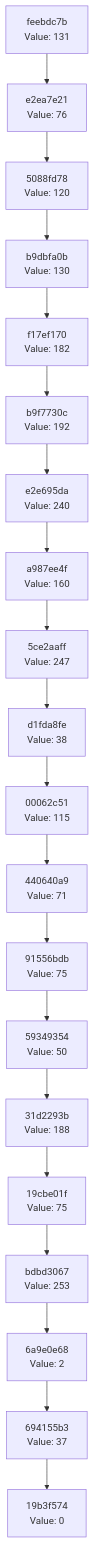
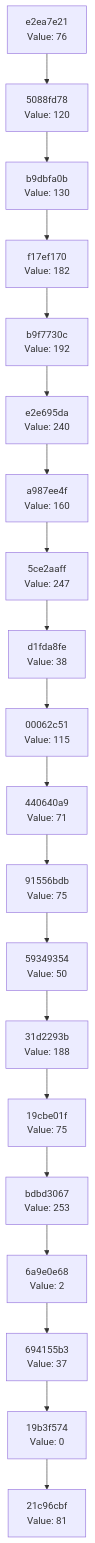
The diagram in docs/CHAIN_VISUALIZATION.md (Abhisheksinha1506/hash-chain-evolver), drawn with Mermaid before and after one commit. The commit also changed 2 other files, not shown here.

Commit message:
Evolution Step

````diff
--- a/docs/CHAIN_VISUALIZATION.md
+++ b/docs/CHAIN_VISUALIZATION.md
@@ -3,42 +3,42 @@
 ```mermaid
 graph TD
-    C0["19b3f574<br/>Value: 0"]
-    C1["694155b3<br/>Value: 37"]
+    C0["21c96cbf<br/>Value: 81"]
+    C1["19b3f574<br/>Value: 0"]
     C1 --> C0
-    C2["6a9e0e68<br/>Value: 2"]
+    C2["694155b3<br/>Value: 37"]
     C2 --> C1
-    C3["bdbd3067<br/>Value: 253"]
+    C3["6a9e0e68<br/>Value: 2"]
     C3 --> C2
-    C4["19cbe01f<br/>Value: 75"]
+    C4["bdbd3067<br/>Value: 253"]
     C4 --> C3
-    C5["31d2293b<br/>Value: 188"]
+    C5["19cbe01f<br/>Value: 75"]
     C5 --> C4
-    C6["59349354<br/>Value: 50"]
+    C6["31d2293b<br/>Value: 188"]
     C6 --> C5
-    C7["91556bdb<br/>Value: 75"]
+    C7["59349354<br/>Value: 50"]
     C7 --> C6
-    C8["440640a9<br/>Value: 71"]
+    C8["91556bdb<br/>Value: 75"]
     C8 --> C7
-    C9["00062c51<br/>Value: 115"]
+    C9["440640a9<br/>Value: 71"]
     C9 --> C8
-    C10["d1fda8fe<br/>Value: 38"]
+    C10["00062c51<br/>Value: 115"]
     C10 --> C9
-    C11["5ce2aaff<br/>Value: 247"]
+    C11["d1fda8fe<br/>Value: 38"]
     C11 --> C10
-    C12["a987ee4f<br/>Value: 160"]
+    C12["5ce2aaff<br/>Value: 247"]
     C12 --> C11
-    C13["e2e695da<br/>Value: 240"]
+    C13["a987ee4f<br/>Value: 160"]
     C13 --> C12
-    C14["b9f7730c<br/>Value: 192"]
+    C14["e2e695da<br/>Value: 240"]
     C14 --> C13
-    C15["f17ef170<br/>Value: 182"]
+    C15["b9f7730c<br/>Value: 192"]
     C15 --> C14
-    C16["b9dbfa0b<br/>Value: 130"]
+    C16["f17ef170<br/>Value: 182"]
     C16 --> C15
-    C17["5088fd78<br/>Value: 120"]
+    C17["b9dbfa0b<br/>Value: 130"]
     C17 --> C16
-    C18["e2ea7e21<br/>Value: 76"]
+    C18["5088fd78<br/>Value: 120"]
     C18 --> C17
-    C19["feebdc7b<br/>Value: 131"]
+    C19["e2ea7e21<br/>Value: 76"]
     C19 --> C18
 ```
````
